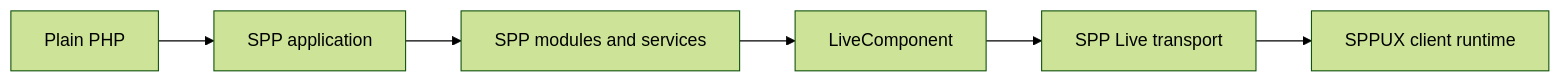
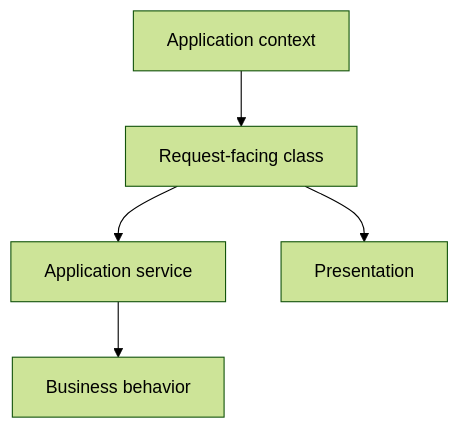
The second of 3 diagrams in documentation/handbook/12-first-spp-application.md (shuklasp/spp), drawn with Mermaid (forest theme) before and after one commit. The commit also changed other lines of this file, not shown here.

Commit message:
Rewrite Chapter 12 as a complete beginner-first application tutorial

````diff
--- a/documentation/handbook/12-first-spp-application.md
+++ b/documentation/handbook/12-first-spp-application.md
@@ -474,8 +439,7 @@
 ```mermaid
-flowchart LR
-    A[Plain PHP] --> B[SPP application]
-    B --> C[SPP modules and services]
-    C --> D[LiveComponent]
-    D --> E[SPP Live transport]
-    E --> F[SPPUX client runtime]
+flowchart TB
+    A[Application context] --> B[Request-facing class]
+    B --> C[Application service]
+    C --> D[Business behavior]
+    B --> E[Presentation]
 ```
````
